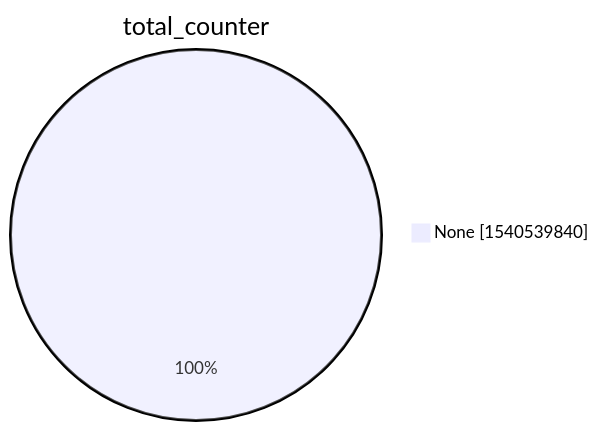
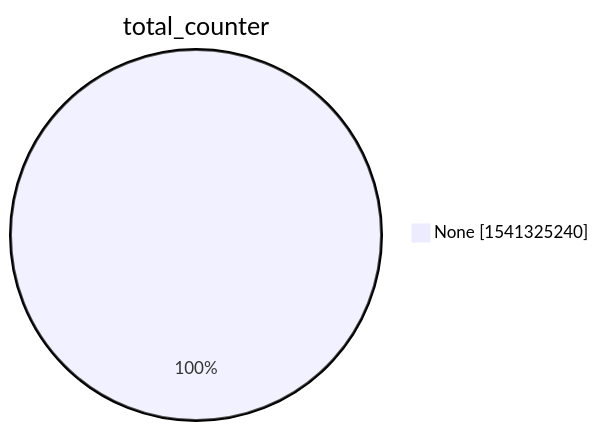
One commit to christiankrug/ctmonitor_visualization changed the second of 15 diagrams in xenon2022/README.md. Above: the diagram before and after it, drawn with Mermaid. The commit also changed other lines of this file, not shown here.

````diff
--- a/xenon2022/README.md
+++ b/xenon2022/README.md
@@ -9,5 +9,5 @@
 ```mermaid
 pie showData
 title total_counter
-"None" :1540539840
+"None" :1541325240
 ```
````
